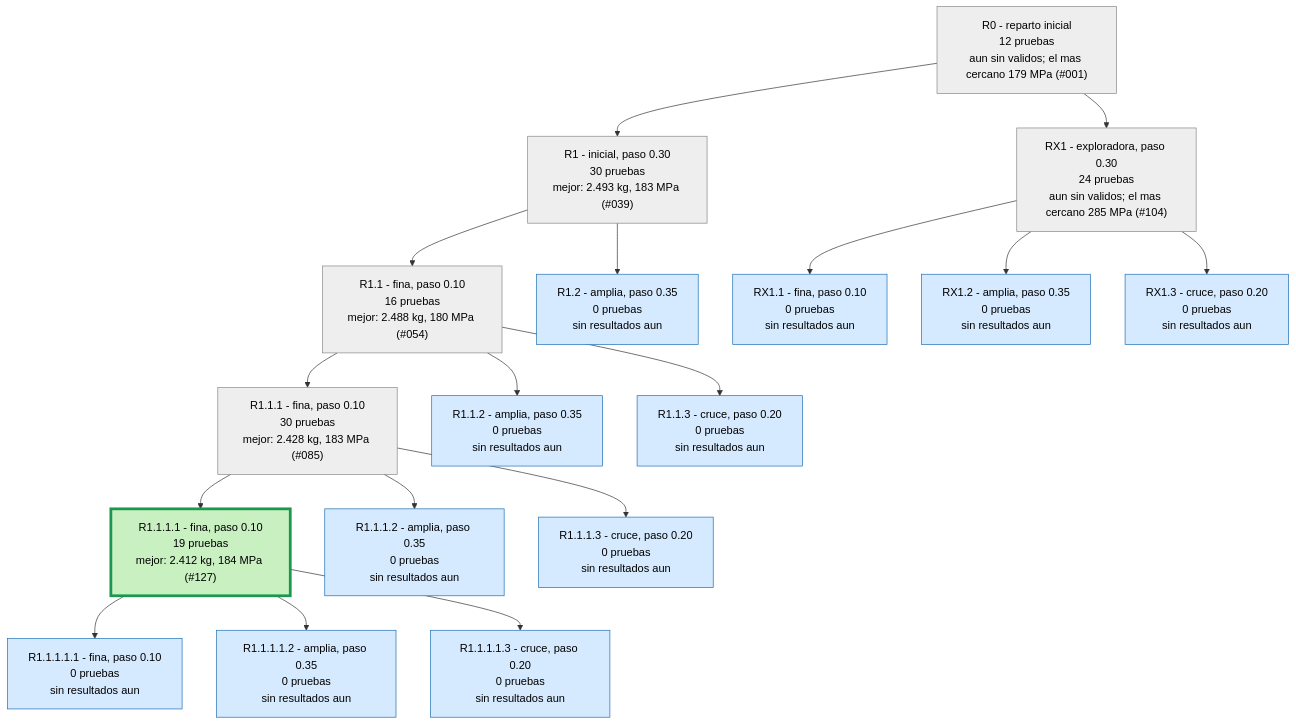
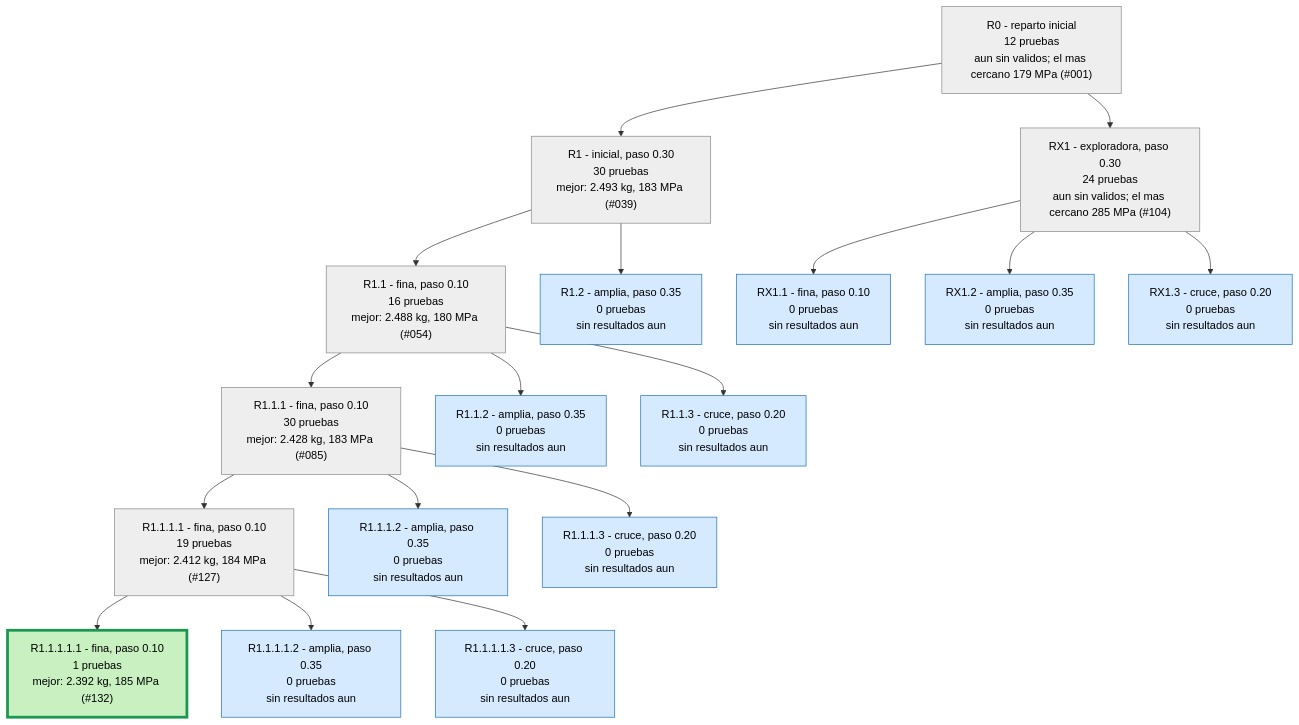
Before and after one commit to Hugiko/msd-soporte-optimizacion: the second of 3 diagrams in runs/opt_37800N/ARBOL.md, drawn with Mermaid. The commit also changed 44 other files, not shown here.

Commit message:
NUEVO MEJOR DISENO: 2.392 kg, 185 MPa (Refuerzo + vaciado 132)

````diff
--- a/runs/opt_37800N/ARBOL.md
+++ b/runs/opt_37800N/ARBOL.md
@@ -29,39 +29,39 @@
 ```mermaid
 graph TD
 classDef activa fill:#d6eaff,stroke:#1f6fb5,color:#000
 classDef fin fill:#eeeeee,stroke:#888,color:#000
 classDef mejor fill:#c8f0c0,stroke:#1a9850,stroke-width:4px,color:#000
 R0["R0 - reparto inicial<br/>12 pruebas<br/>aun sin validos; el mas cercano 179 MPa (#001)"]:::fin
 R1["R1 - inicial, paso 0.30<br/>30 pruebas<br/>mejor: 2.493 kg, 183 MPa (#039)"]:::fin
 R0 --> R1
 R1_1["R1.1 - fina, paso 0.10<br/>16 pruebas<br/>mejor: 2.488 kg, 180 MPa (#054)"]:::fin
 R1 --> R1_1
 R1_2["R1.2 - amplia, paso 0.35<br/>0 pruebas<br/>sin resultados aun"]:::activa
 R1 --> R1_2
 R1_1_1["R1.1.1 - fina, paso 0.10<br/>30 pruebas<br/>mejor: 2.428 kg, 183 MPa (#085)"]:::fin
 R1_1 --> R1_1_1
 R1_1_2["R1.1.2 - amplia, paso 0.35<br/>0 pruebas<br/>sin resultados aun"]:::activa
 R1_1 --> R1_1_2
 R1_1_3["R1.1.3 - cruce, paso 0.20<br/>0 pruebas<br/>sin resultados aun"]:::activa
 R1_1 --> R1_1_3
-R1_1_1_1["R1.1.1.1 - fina, paso 0.10<br/>19 pruebas<br/>mejor: 2.412 kg, 184 MPa (#127)"]:::mejor
+R1_1_1_1["R1.1.1.1 - fina, paso 0.10<br/>19 pruebas<br/>mejor: 2.412 kg, 184 MPa (#127)"]:::fin
 R1_1_1 --> R1_1_1_1
 R1_1_1_2["R1.1.1.2 - amplia, paso 0.35<br/>0 pruebas<br/>sin resultados aun"]:::activa
 R1_1_1 --> R1_1_1_2
 R1_1_1_3["R1.1.1.3 - cruce, paso 0.20<br/>0 pruebas<br/>sin resultados aun"]:::activa
 R1_1_1 --> R1_1_1_3
 RX1["RX1 - exploradora, paso 0.30<br/>24 pruebas<br/>aun sin validos; el mas cercano 285 MPa (#104)"]:::fin
 R0 --> RX1
 RX1_1["RX1.1 - fina, paso 0.10<br/>0 pruebas<br/>sin resultados aun"]:::activa
 RX1 --> RX1_1
 RX1_2["RX1.2 - amplia, paso 0.35<br/>0 pruebas<br/>sin resultados aun"]:::activa
 RX1 --> RX1_2
 RX1_3["RX1.3 - cruce, paso 0.20<br/>0 pruebas<br/>sin resultados aun"]:::activa
 RX1 --> RX1_3
-R1_1_1_1_1["R1.1.1.1.1 - fina, paso 0.10<br/>0 pruebas<br/>sin resultados aun"]:::activa
+R1_1_1_1_1["R1.1.1.1.1 - fina, paso 0.10<br/>1 pruebas<br/>mejor: 2.392 kg, 185 MPa (#132)"]:::mejor
 R1_1_1_1 --> R1_1_1_1_1
 R1_1_1_1_2["R1.1.1.1.2 - amplia, paso 0.35<br/>0 pruebas<br/>sin resultados aun"]:::activa
 R1_1_1_1 --> R1_1_1_1_2
 R1_1_1_1_3["R1.1.1.1.3 - cruce, paso 0.20<br/>0 pruebas<br/>sin resultados aun"]:::activa
 R1_1_1_1 --> R1_1_1_1_3
 ```
````
